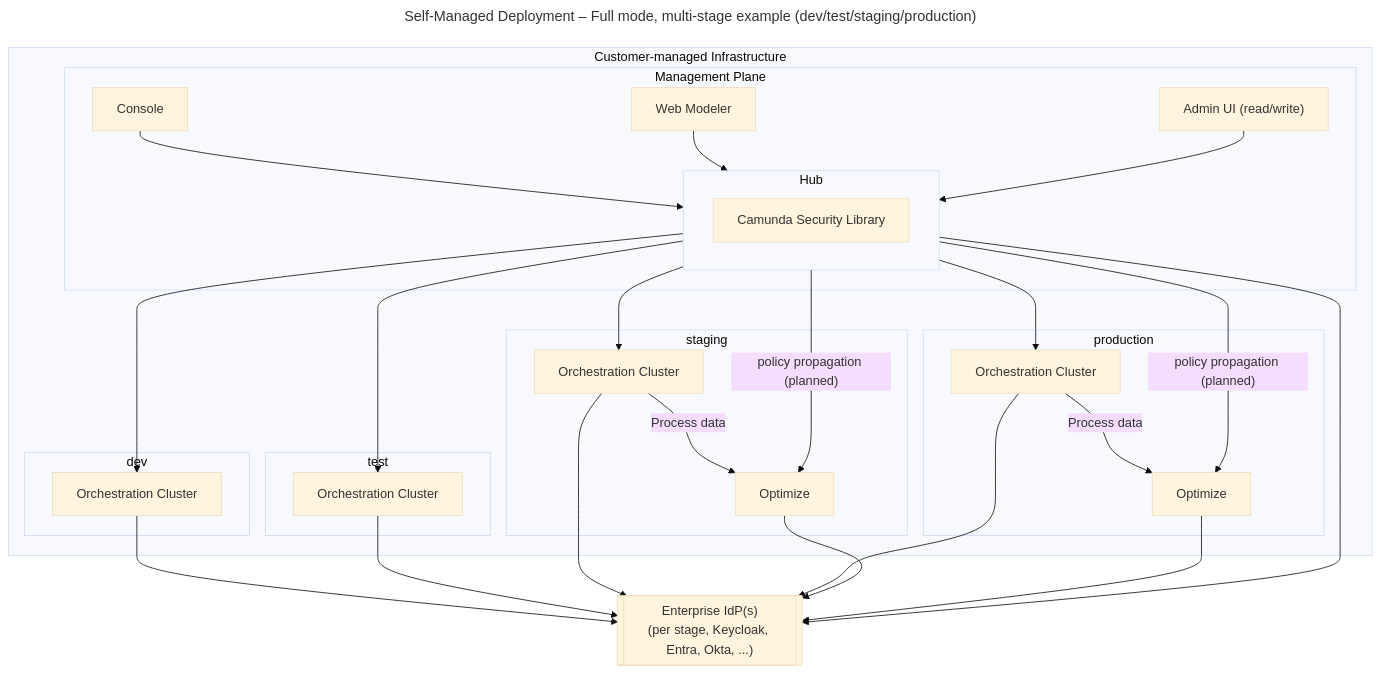
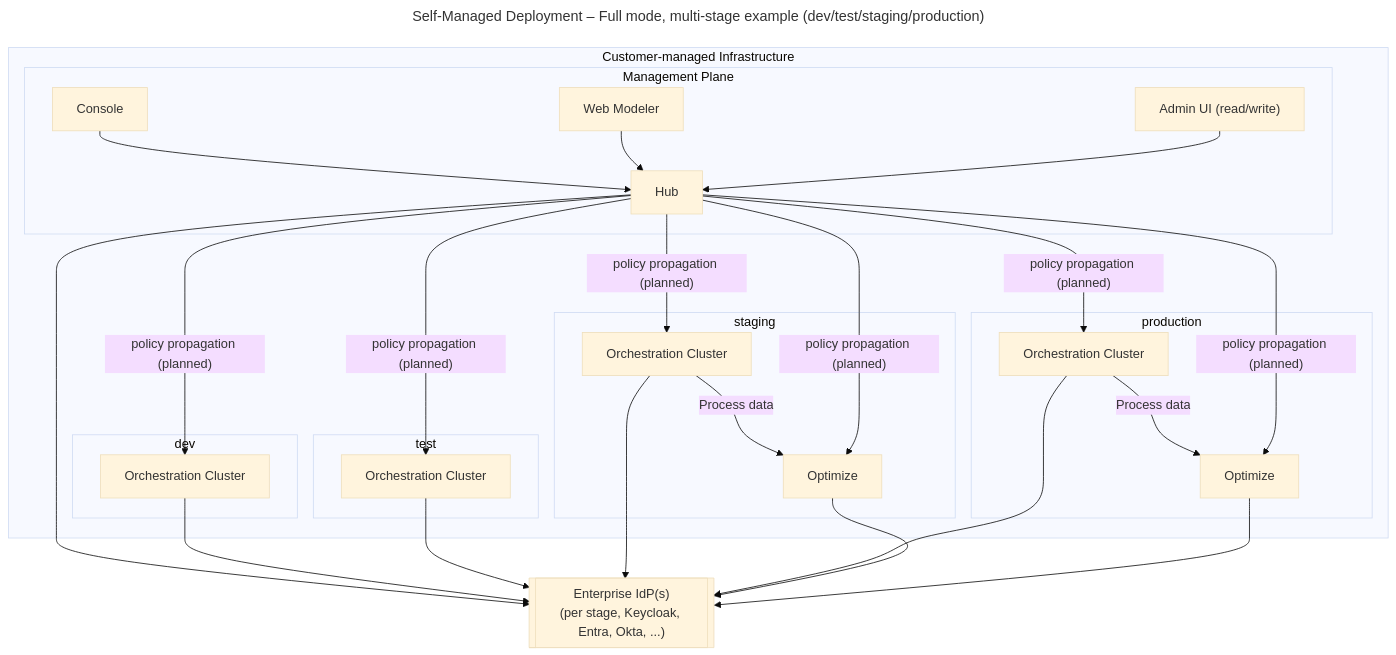
Before and after one commit to camunda/camunda-security-library: the fourth of 5 diagrams in docs/architecture/07-deployment-view.md, drawn with Mermaid (base theme). The commit also changed other lines of this file, not shown here.

Commit message:
docs(architecture): label policy propagation and note CSL coverage in multi-stage example
Make policy propagation to every stage's OC explicit on the multi-stage
diagram, and add a text note clarifying all products in the diagram run
the same Camunda Security Library, now that the diagram no longer shows
a per-product CSL box.

````diff
--- a/docs/architecture/07-deployment-view.md
+++ b/docs/architecture/07-deployment-view.md
@@ -200,46 +200,47 @@
 ```mermaid
 ---
 title: Self-Managed Deployment – Full mode, multi-stage example (dev/test/staging/production)
 ---
 flowchart TB
   subgraph Customer["Customer-managed Infrastructure"]
     subgraph MgmtPlane["Management Plane"]
       Console["Console"]
       WebModeler["Web Modeler"]
       AdminHub["Admin UI (read/write)"]
 
-      subgraph Hub["Hub"]
-        SecGatHub["Camunda Security Library"]
-      end
+      Hub["Hub"]
 
       Console & WebModeler & AdminHub --> Hub
     end
 
     subgraph DevStage["dev"]
       OCDev["Orchestration Cluster"]
     end
 
     subgraph TestStage["test"]
       OCTest["Orchestration Cluster"]
     end
 
     subgraph StagingStage["staging"]
       OCStaging["Orchestration Cluster"]
       OptStaging["Optimize"]
       OCStaging -->|"Process data"| OptStaging
     end
 
     subgraph ProdStage["production"]
       OCProd["Orchestration Cluster"]
       OptProd["Optimize"]
       OCProd -->|"Process data"| OptProd
     end
 
-    Hub --> OCDev & OCTest & OCStaging & OCProd
+    Hub -->|"policy propagation (planned)"| OCDev
+    Hub -->|"policy propagation (planned)"| OCTest
+    Hub -->|"policy propagation (planned)"| OCStaging
+    Hub -->|"policy propagation (planned)"| OCProd
     Hub -->|"policy propagation (planned)"| OptStaging
     Hub -->|"policy propagation (planned)"| OptProd
   end
 
   EnterpriseIdP[["Enterprise IdP(s)</br>(per stage, Keycloak, Entra, Okta, ...)"]]
   Hub & OCDev & OCTest & OCStaging & OCProd & OptStaging & OptProd --> EnterpriseIdP
 ```
````
